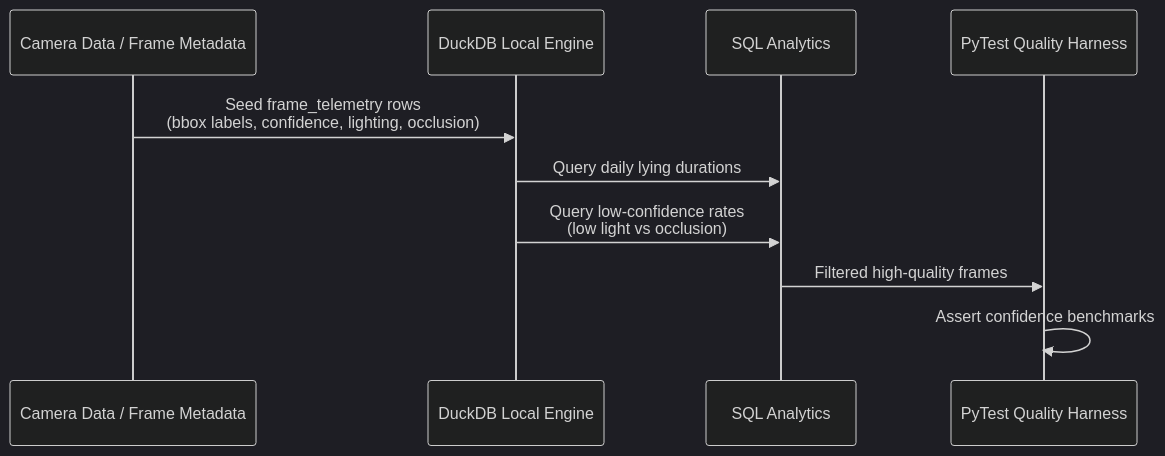
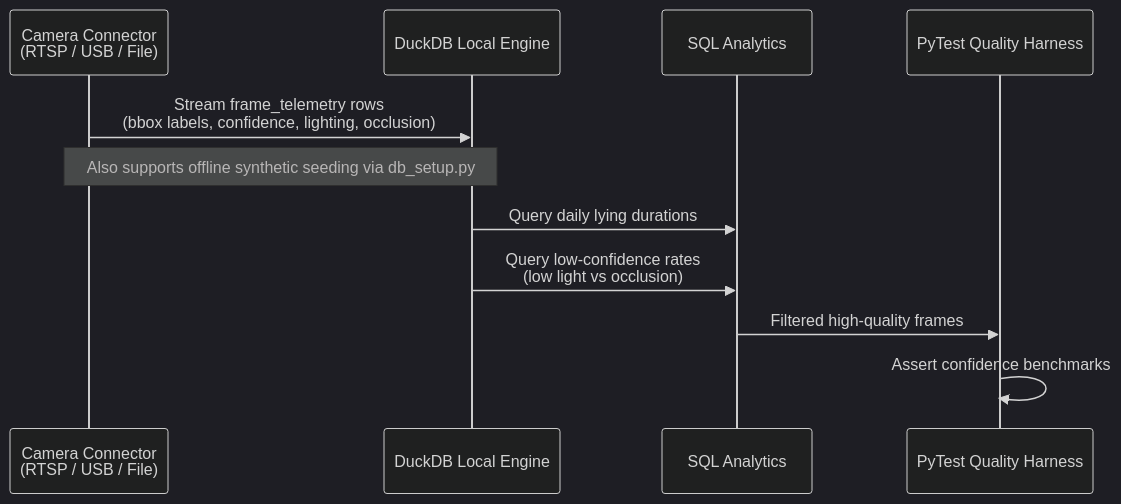
The diagram in README.md (tgollogly/vet-vision-eval-pipeline), drawn with Mermaid (dark theme) before and after one commit. The commit also changed other lines of this file and 4 other files, not shown here.

First line of the commit message:
Add universal OpenCV camera connector streaming into DuckDB (#2)

````diff
--- a/README.md
+++ b/README.md
@@ -21,13 +20,14 @@
 ```mermaid
 sequenceDiagram
-    participant Cam as Camera Data / Frame Metadata
+    participant Cam as Camera Connector<br/>(RTSP / USB / File)
     participant DB as DuckDB Local Engine
     participant SQL as SQL Analytics
     participant QA as PyTest Quality Harness
 
-    Cam->>DB: Seed frame_telemetry rows<br/>(bbox labels, confidence, lighting, occlusion)
+    Cam->>DB: Stream frame_telemetry rows<br/>(bbox labels, confidence, lighting, occlusion)
+    Note over Cam,DB: Also supports offline synthetic seeding via db_setup.py
     DB->>SQL: Query daily lying durations
     DB->>SQL: Query low-confidence rates<br/>(low light vs occlusion)
     SQL->>QA: Filtered high-quality frames
     QA->>QA: Assert confidence benchmarks
 ```
````
